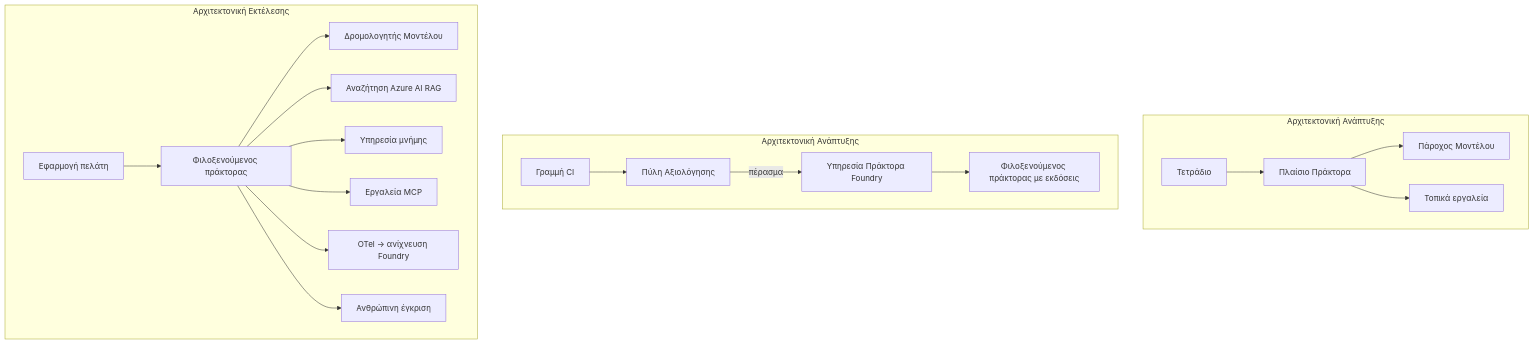
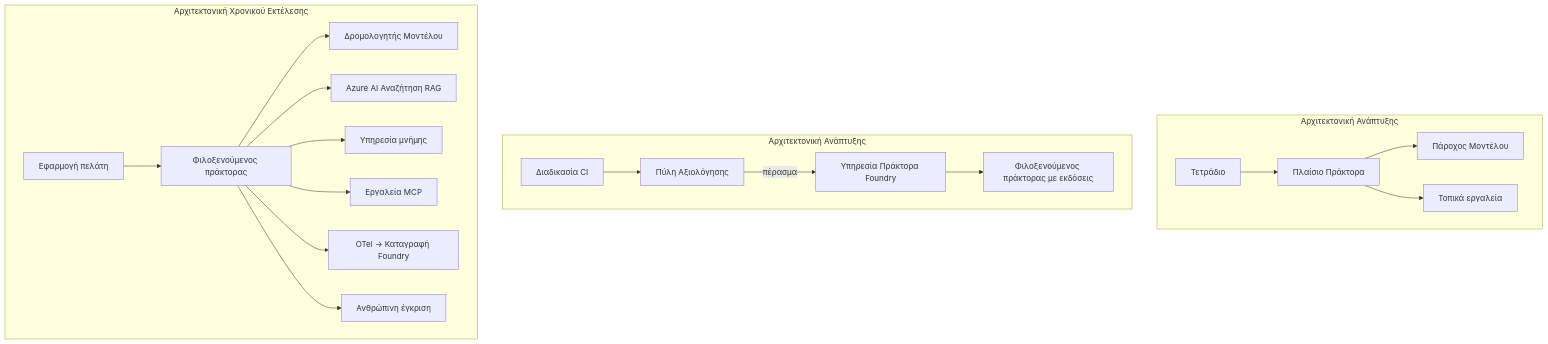
One commit to gabrielmoreira/agent-skills-mirror changed the fourth of 4 diagrams in mirrors/repos/microsoft@ai-agents-for-beginners/translations/el/16-deploying-scalable-agents/README.md. Above: the diagram before and after it, drawn with Mermaid. The commit also changed other lines of this file and 4262 other files, not shown here.

````diff
--- a/mirrors/repos/microsoft@ai-agents-for-beginners/translations/el/16-deploying-scalable-agents/README.md
+++ b/mirrors/repos/microsoft@ai-agents-for-beginners/translations/el/16-deploying-scalable-agents/README.md
@@ -185,22 +185,22 @@
 ```mermaid
 flowchart TB
     subgraph Dev[Αρχιτεκτονική Ανάπτυξης]
         D1[Τετράδιο] --> D2[Πλαίσιο Πράκτορα]
         D2 --> D3[Πάροχος Μοντέλου]
         D2 --> D4[Τοπικά εργαλεία]
     end
     subgraph Deploy[Αρχιτεκτονική Ανάπτυξης]
-        E1[Γραμμή CI] --> E2[Πύλη Αξιολόγησης]
+        E1[Διαδικασία CI] --> E2[Πύλη Αξιολόγησης]
         E2 -->|πέρασμα| E3[Υπηρεσία Πράκτορα Foundry]
         E3 --> E4[Φιλοξενούμενος πράκτορας με εκδόσεις]
     end
-    subgraph Run[Αρχιτεκτονική Εκτέλεσης]
+    subgraph Run[Αρχιτεκτονική Χρονικού Εκτέλεσης]
         F1[Εφαρμογή πελάτη] --> F2[Φιλοξενούμενος πράκτορας]
         F2 --> F3[Δρομολογητής Μοντέλου]
-        F2 --> F4[Αναζήτηση Azure AI RAG]
+        F2 --> F4[Azure AI Αναζήτηση RAG]
         F2 --> F5[Υπηρεσία μνήμης]
         F2 --> F6[Εργαλεία MCP]
-        F2 --> F7[OTel -> ανίχνευση Foundry]
+        F2 --> F7[OTel -> Καταγραφή Foundry]
         F2 --> F8[Ανθρώπινη έγκριση]
     end
 ```
````
